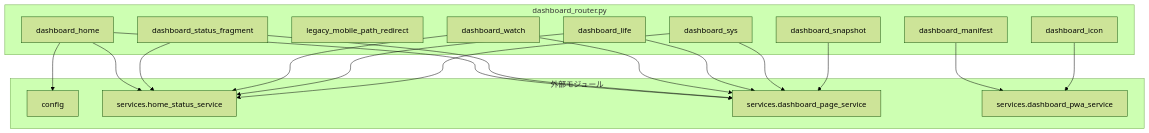
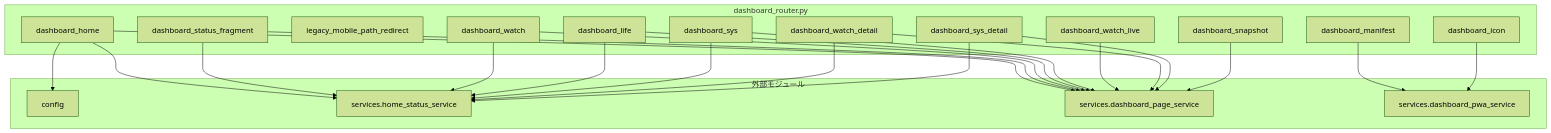
Before and after one commit to mmtigers/my_python_project: the second of 2 diagrams in docs/specifications/MY_HOME_SYSTEM/dashboard_router.md, drawn with Mermaid (forest theme). The commit also changed other lines of this file and 6 other files, not shown here.

````diff
--- a/docs/specifications/MY_HOME_SYSTEM/dashboard_router.md
+++ b/docs/specifications/MY_HOME_SYSTEM/dashboard_router.md
@@ -360,36 +404,44 @@
 ```mermaid
 graph TD
     subgraph "dashboard_router.py"
         dashboard_manifest
         dashboard_icon
         legacy_mobile_path_redirect
         dashboard_home
         dashboard_status_fragment
         dashboard_watch
+        dashboard_watch_live
+        dashboard_watch_detail
         dashboard_life
         dashboard_sys
+        dashboard_sys_detail
         dashboard_snapshot
     end
 
     subgraph "外部モジュール"
         config
         home_status_service["services.home_status_service"]
         dashboard_page_service["services.dashboard_page_service"]
         dashboard_pwa_service["services.dashboard_pwa_service"]
     end
 
     dashboard_manifest --> dashboard_pwa_service
     dashboard_icon --> dashboard_pwa_service
     dashboard_home --> home_status_service
     dashboard_home --> dashboard_page_service
     dashboard_status_fragment --> home_status_service
     dashboard_status_fragment --> dashboard_page_service
     dashboard_watch --> home_status_service
     dashboard_watch --> dashboard_page_service
     dashboard_life --> home_status_service
     dashboard_life --> dashboard_page_service
     dashboard_sys --> home_status_service
     dashboard_sys --> dashboard_page_service
+    dashboard_watch_live --> dashboard_page_service
+    dashboard_watch_detail --> home_status_service
+    dashboard_watch_detail --> dashboard_page_service
+    dashboard_sys_detail --> home_status_service
+    dashboard_sys_detail --> dashboard_page_service
     dashboard_snapshot --> dashboard_page_service
     dashboard_home --> config
 ```
````
